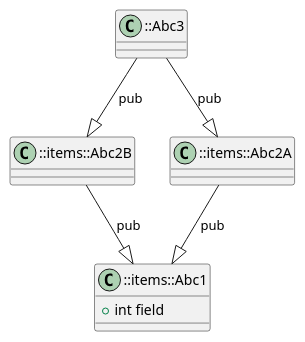
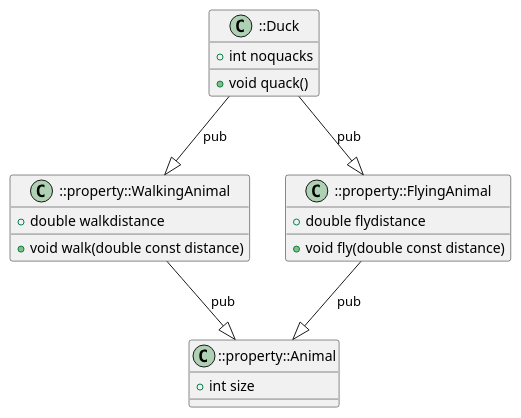
Before and after one commit to anetczuk/gcc-uml: the diagram in examples/inheritgraph/inherit_diamond1.cpp.inherit.puml, drawn with PlantUML. The commit also changed 8 other files, not shown here.

```diff
--- a/examples/inheritgraph/inherit_diamond1.cpp.inherit.puml
+++ b/examples/inheritgraph/inherit_diamond1.cpp.inherit.puml
@@ -1,22 +1,28 @@
 @startuml
 
-class "::Abc3" as item_0 {
+class "::Duck" as item_0 {
+    {field} + int noquacks
+    {method} + void quack() 
 }
-class "::items::Abc2B" as item_1 {
+class "::property::WalkingAnimal" as item_1 {
+    {field} + double walkdistance
+    {method} + void walk(double const distance) 
 }
-class "::items::Abc2A" as item_2 {
+class "::property::FlyingAnimal" as item_2 {
+    {field} + double flydistance
+    {method} + void fly(double const distance) 
 }
-class "::items::Abc1" as item_3 {
-    {field} + int field
+class "::property::Animal" as item_3 {
+    {field} + int size
 }
 
-' ::Abc3 --|> ::items::Abc2A
+' ::Duck --|> ::property::FlyingAnimal
 item_0 --|> item_2: "pub"
-' ::Abc3 --|> ::items::Abc2B
+' ::Duck --|> ::property::WalkingAnimal
 item_0 --|> item_1: "pub"
-' ::items::Abc2B --|> ::items::Abc1
+' ::property::WalkingAnimal --|> ::property::Animal
 item_1 --|> item_3: "pub"
-' ::items::Abc2A --|> ::items::Abc1
+' ::property::FlyingAnimal --|> ::property::Animal
 item_2 --|> item_3: "pub"
 
 @enduml
```
